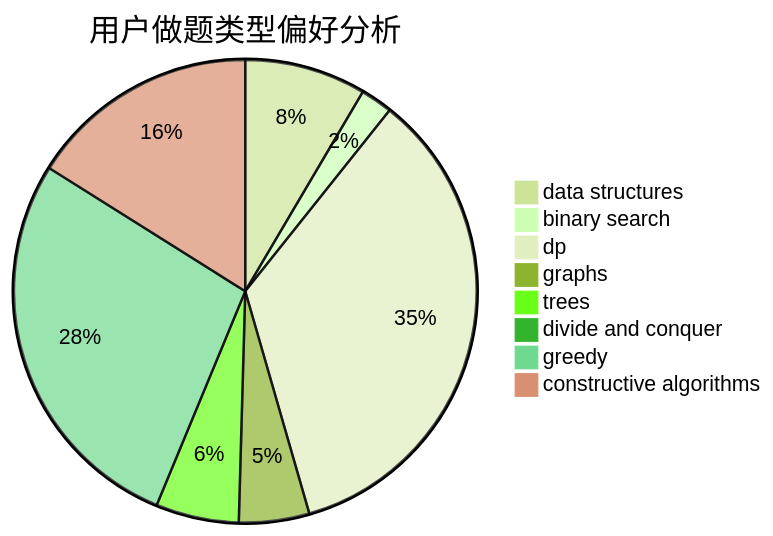
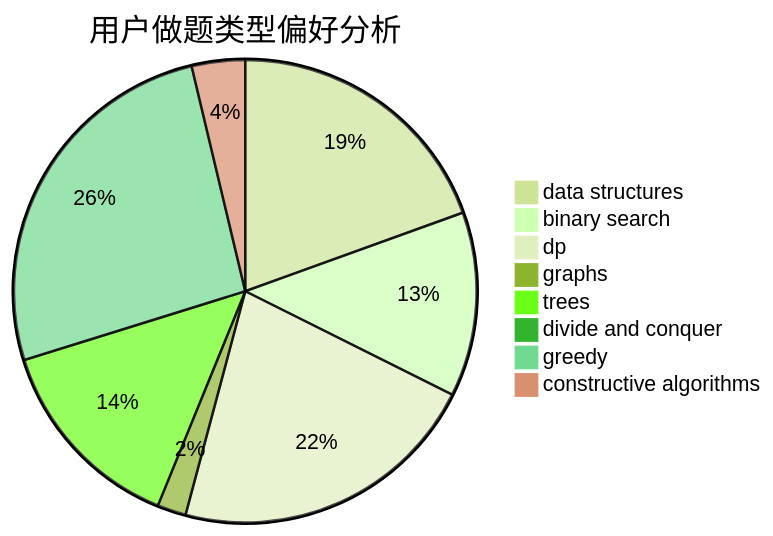
The second of 3 diagrams in docs/user/u643.md (sherpahu/cfrs.github.io), drawn with Mermaid (forest theme) before and after one commit. The commit also changed other lines of this file and 2770 other files, not shown here.

````diff
--- a/docs/user/u643.md
+++ b/docs/user/u643.md
@@ -23,11 +23,11 @@
 ```mermaid
 pie title 用户做题类型偏好分析
-    "data structures" :  19
-    "binary search" :  5
-    "dp" :  78
-    "graphs" :  11
-    "trees" :  13
+    "data structures" :  68
+    "binary search" :  45
+    "dp" :  76
+    "graphs" :  7
+    "trees" :  49
     "divide and conquer" :  0
-    "greedy" :  62
-    "constructive algorithms" :  36
+    "greedy" :  91
+    "constructive algorithms" :  13
 ```
````
